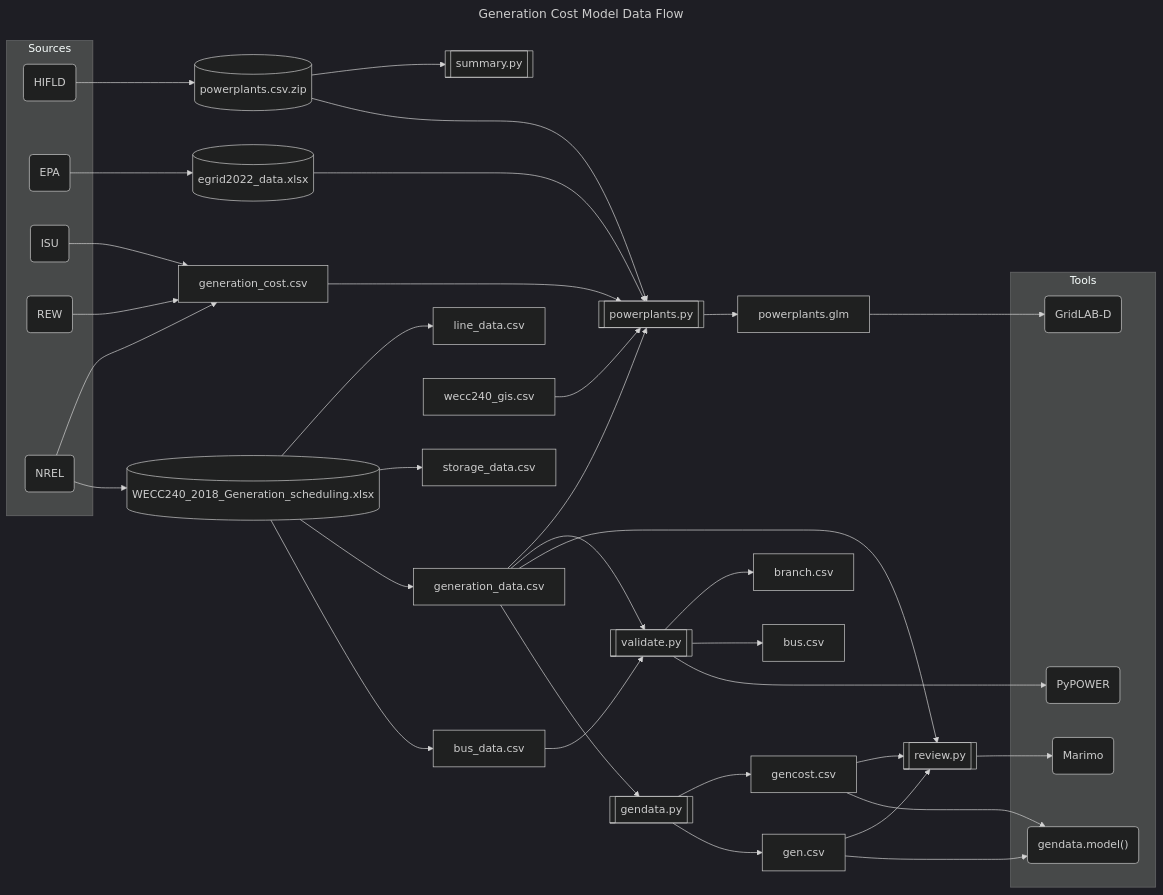
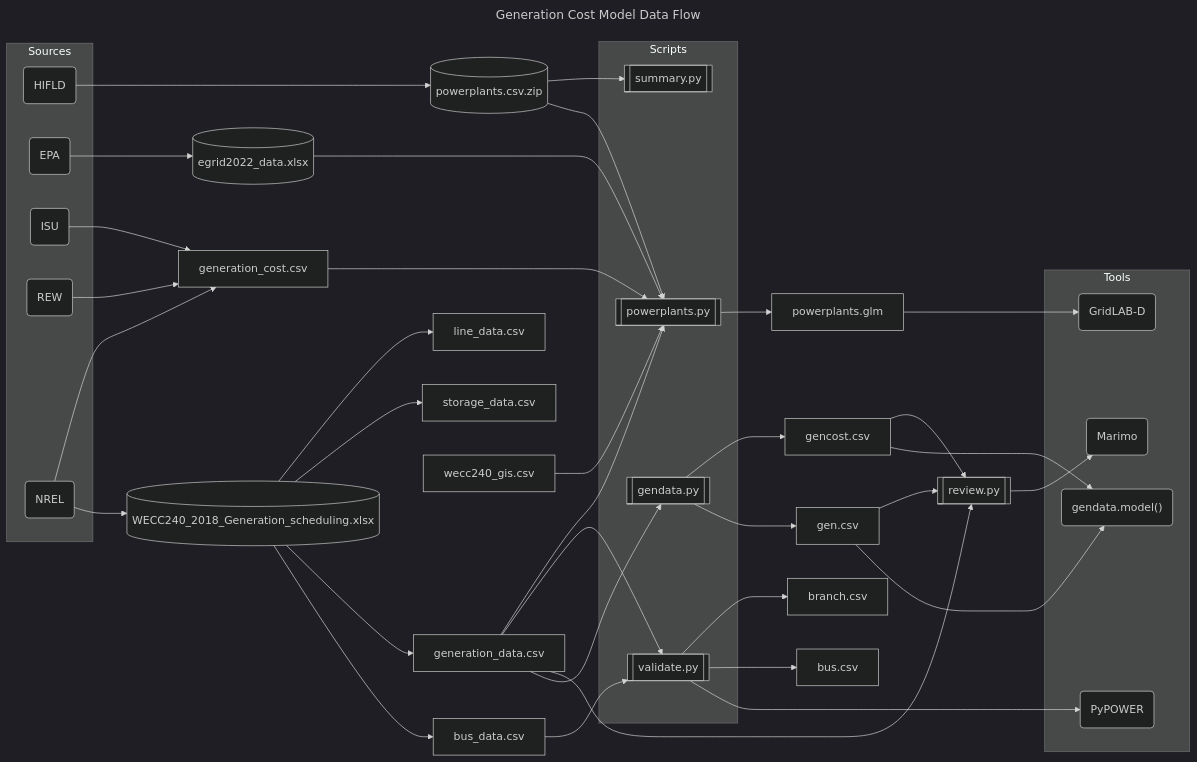
One commit to slacgismo/regrow changed the diagram in generation_modeling/README.md. Above: the diagram before and after it, drawn with Mermaid (dark theme).

````diff
--- a/generation_modeling/README.md
+++ b/generation_modeling/README.md
@@ -64,60 +64,66 @@
 ```mermaid
 ---
 title: Generation Cost Model Data Flow
 ---
 flowchart LR
     bus_data.csv --> validate.py
     gen.csv --> gendata.model
     gen.csv --> review.py
     gencost.csv --> gendata.model
     gencost.csv --> review.py
     gendata.py --> gen.csv
     gendata.py --> gencost.csv
     generation_cost.csv --> powerplants.py
     generation_data.csv --> gendata.py
     generation_data.csv --> review.py
     generation_data.csv --> validate.py
     generation_data.csv --> powerplants.py
     powerplants.csv.zip --> powerplants.py
     powerplants.csv.zip --> summary.py
     powerplants.py --> powerplants.glm
     WECC240_2018_Generation_scheduling.xlsx --> bus_data.csv
     WECC240_2018_Generation_scheduling.xlsx --> generation_data.csv
     WECC240_2018_Generation_scheduling.xlsx --> storage_data.csv
     WECC240_2018_Generation_scheduling.xlsx --> line_data.csv
     egrid2022_data.xlsx --> powerplants.py
     wecc240_gis.csv --> powerplants.py
     HIFLD --> powerplants.csv.zip
     EPA --> egrid2022_data.xlsx
     ISU --> generation_cost.csv
     REW --> generation_cost.csv
     NREL --> WECC240_2018_Generation_scheduling.xlsx
     NREL --> generation_cost.csv
     validate.py --> pypower
     validate.py --> bus.csv
     validate.py --> branch.csv
     powerplants.glm --> gridlabd
     review.py --> marimo
 
     gendata.py[[gendata.py]]
     review.py[[review.py]]
     powerplants.py[[powerplants.py]]
     validate.py[[validate.py]]
     summary.py[[summary.py]]
     WECC240_2018_Generation_scheduling.xlsx[(WECC240_2018_Generation_scheduling.xlsx)]
     egrid2022_data.xlsx[(egrid2022_data.xlsx)]
     powerplants.csv.zip[(powerplants.csv.zip)]
     subgraph Sources
         NREL(NREL)
         HIFLD(HIFLD)
         EPA(EPA)
         ISU(ISU)
         REW(REW)
     end
     subgraph Tools
         pypower(PyPOWER)
         marimo(Marimo)
         gridlabd(GridLAB-D)
         gendata.model("gendata.model()")
     end
+    subgraph Scripts
+        validate.py
+        powerplants.py
+        gendata.py
+        summary.py
+    end
 ```
````
